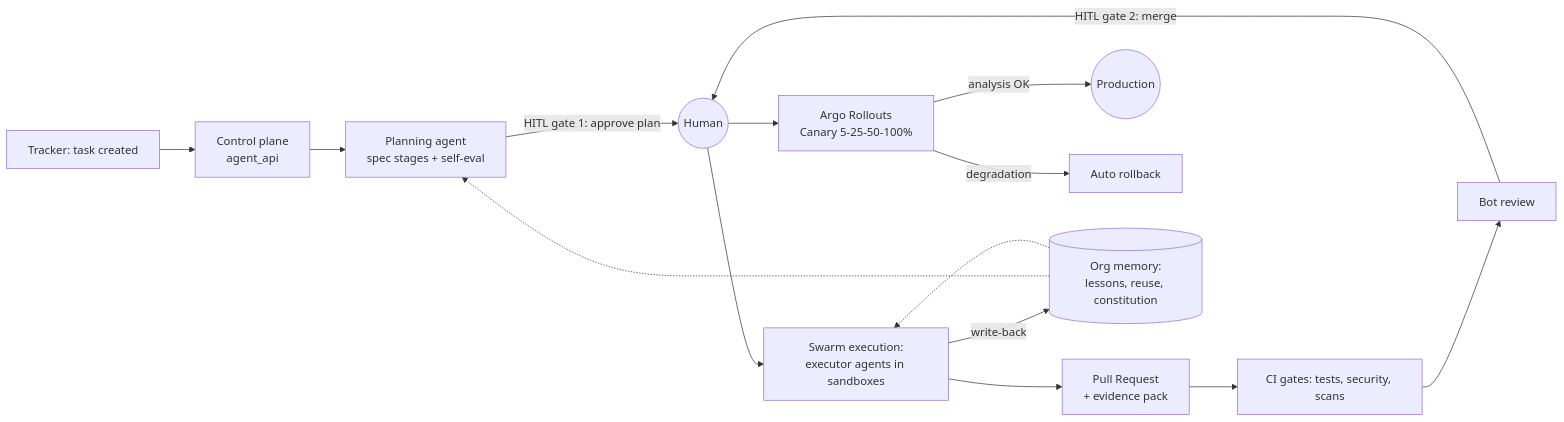
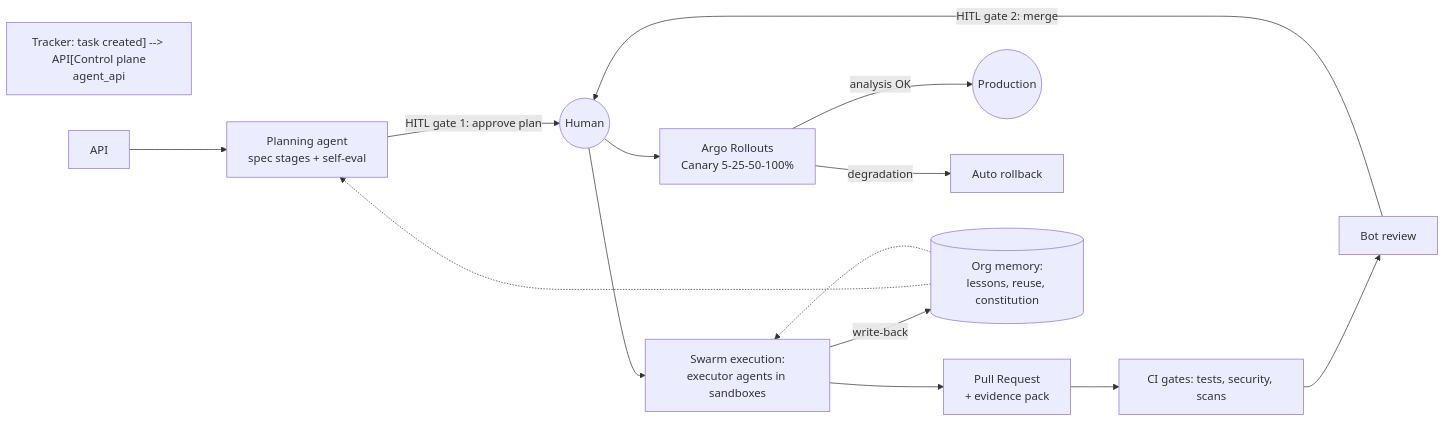
Before and after one commit to kryadov/ai-based-isv: the first of 4 diagrams in ARCH.md, drawn with Mermaid. The commit also changed other lines of this file and 4 other files, not shown here.

Commit message:
docs(arch): quote mermaid node labels (parse error on parentheses in labels) + roles catalog АрхRU mirror

````diff
--- a/ARCH.md
+++ b/ARCH.md
@@ -12,17 +12,17 @@
 ```mermaid
 flowchart LR
-    TRK[Tracker: task created] --> API[Control plane\nagent_api]
+    TRK["Tracker: task created] --> API[Control plane\nagent_api"]
     API --> SPEC[Planning agent\nspec stages + self-eval]
     SPEC -->|HITL gate 1: approve plan| HUMAN((Human))
     HUMAN --> SW[Swarm execution:\nexecutor agents in sandboxes]
     SW --> PR[Pull Request\n+ evidence pack]
     PR --> CI[CI gates: tests, security, scans]
     CI --> BR[Bot review]
     BR -->|HITL gate 2: merge| HUMAN
     HUMAN --> CD[Argo Rollouts\nCanary 5-25-50-100%]
     CD -->|analysis OK| PROD((Production))
     CD -->|degradation| RB[Auto rollback]
-    MEM[(Org memory:\nlessons, reuse, constitution)] -.-> SPEC
+    MEM[("Org memory:\nlessons, reuse, constitution")] -.-> SPEC
     MEM -.-> SW
     SW -->|write-back| MEM
 ```
````
